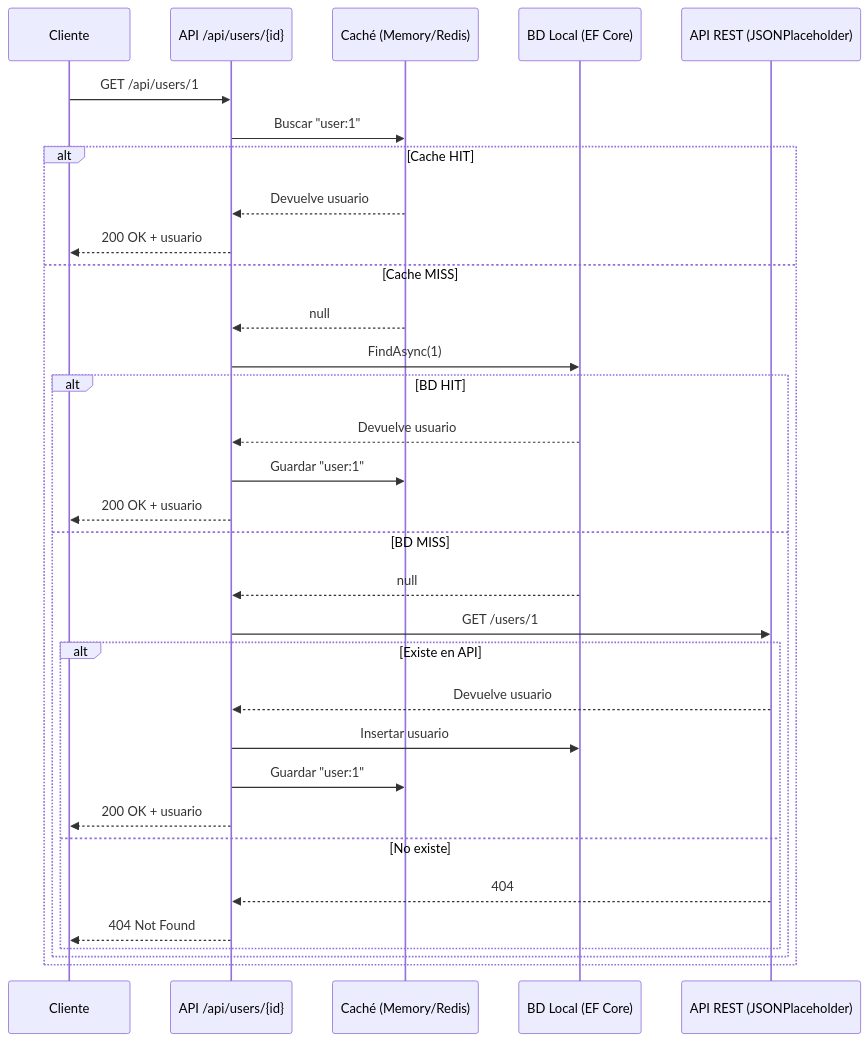
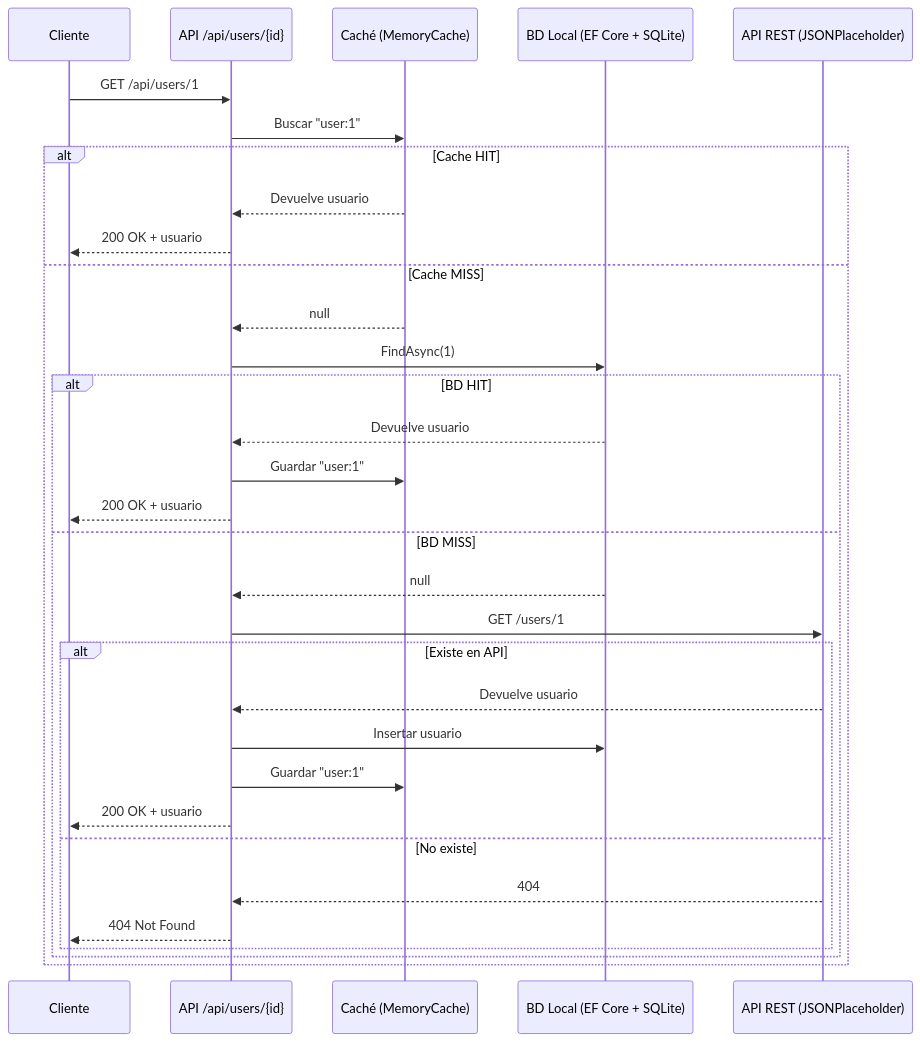
One commit to joseluisgs/DesarrolloWebEntornosServidor-01-2026-2027 changed the second of 5 diagrams in practicas/06-repositorio_remoto.md. Above: the diagram before and after it, drawn with Mermaid. The commit also changed other lines of this file and 1 other file, not shown here.

Commit message:
fix: actualizar prácticas 05 y 06 - quitar soluciones, URL datos abiertos, SQLite+MemoryCache

````diff
--- a/practicas/06-repositorio_remoto.md
+++ b/practicas/06-repositorio_remoto.md
@@ -73,38 +73,38 @@
 ```mermaid
 sequenceDiagram
     participant C as Cliente
     participant API as API /api/users/{id}
-    participant Cache as Caché (Memory/Redis)
-    participant BD as BD Local (EF Core)
+    participant Cache as Caché (MemoryCache)
+    participant BD as BD Local (EF Core + SQLite)
     participant REM as API REST (JSONPlaceholder)
 
     C->>API: GET /api/users/1
     API->>Cache: Buscar "user:1"
 
     alt Cache HIT
         Cache-->>API: Devuelve usuario
         API-->>C: 200 OK + usuario
     else Cache MISS
         Cache-->>API: null
         API->>BD: FindAsync(1)
 
         alt BD HIT
             BD-->>API: Devuelve usuario
             API->>Cache: Guardar "user:1"
             API-->>C: 200 OK + usuario
         else BD MISS
             BD-->>API: null
             API->>REM: GET /users/1
 
             alt Existe en API
                 REM-->>API: Devuelve usuario
                 API->>BD: Insertar usuario
                 API->>Cache: Guardar "user:1"
                 API-->>C: 200 OK + usuario
             else No existe
                 REM-->>API: 404
                 API-->>C: 404 Not Found
             end
         end
     end
 ```
````
